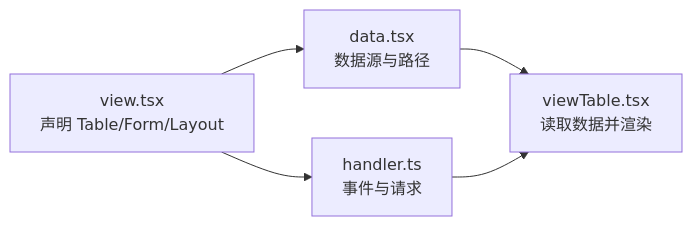
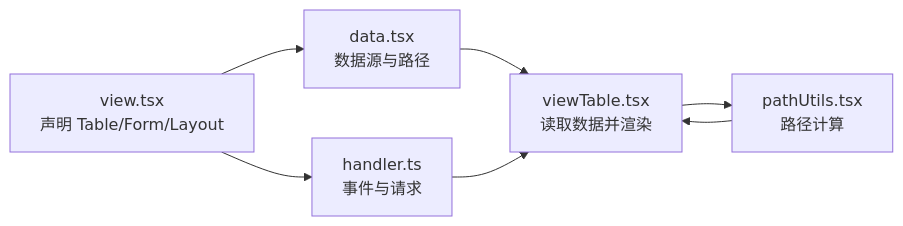
One commit to liqiongke/FrontArk changed the seventh of 8 diagrams in .qoder/repowiki/zh/content/组件库/数据组件/表格组件.md. Above: the diagram before and after it, drawn with Mermaid. The commit also changed other lines of this file and 6 other files, not shown here.

````diff
--- a/.qoder/repowiki/zh/content/组件库/数据组件/表格组件.md
+++ b/.qoder/repowiki/zh/content/组件库/数据组件/表格组件.md
@@ -238,7 +296,9 @@
 ```mermaid
 graph LR
 V["view.tsx<br/>声明 Table/Form/Layout"] --> D["data.tsx<br/>数据源与路径"]
 V --> H["handler.ts<br/>事件与请求"]
 D --> T["viewTable.tsx<br/>读取数据并渲染"]
 H --> T
+T --> P["pathUtils.tsx<br/>路径计算"]
+P --> T
 ```
````
